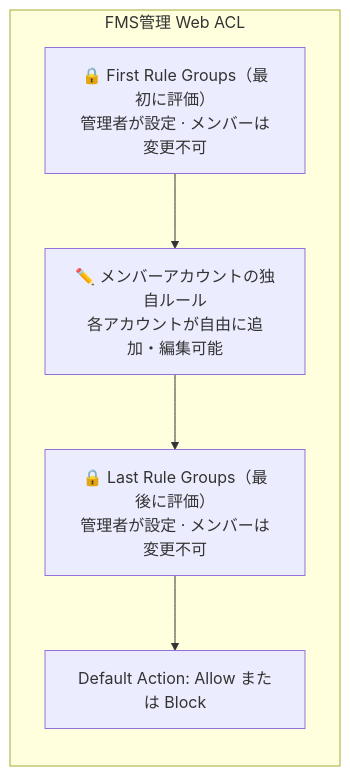
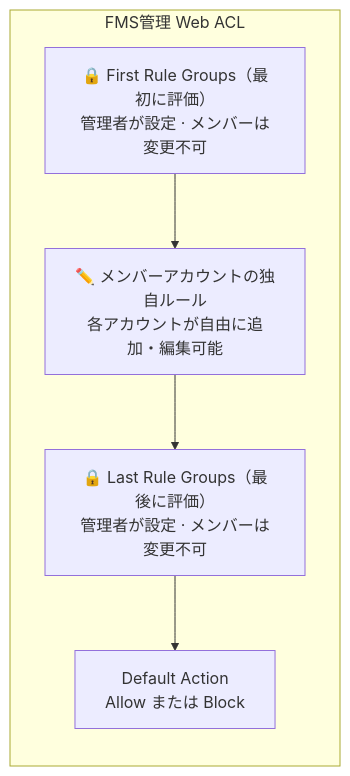
Before and after one commit to mamezou-tech/mamezou-tech-site: the second of 3 diagrams in src/posts/blogs/2026/0306_fms-security-policy-article.md, drawn with Mermaid. The commit also changed other lines of this file, not shown here.

````diff
--- a/src/posts/blogs/2026/0306_fms-security-policy-article.md
+++ b/src/posts/blogs/2026/0306_fms-security-policy-article.md
@@ -260,12 +263,12 @@
 ```mermaid
 flowchart TD
     subgraph ACL["FMS管理 Web ACL"]
         direction TB
         FRG["🔒 First Rule Groups（最初に評価）<br>管理者が設定 · メンバーは変更不可"]
         CUS["✏️ メンバーアカウントの独自ルール<br>各アカウントが自由に追加・編集可能"]
         LRG["🔒 Last Rule Groups（最後に評価）<br>管理者が設定 · メンバーは変更不可"]
-        DEF["Default Action: Allow または Block"]
+        DEF["Default Action<br>Allow または Block"]
 
         FRG --> CUS --> LRG --> DEF
     end
 ```
````
